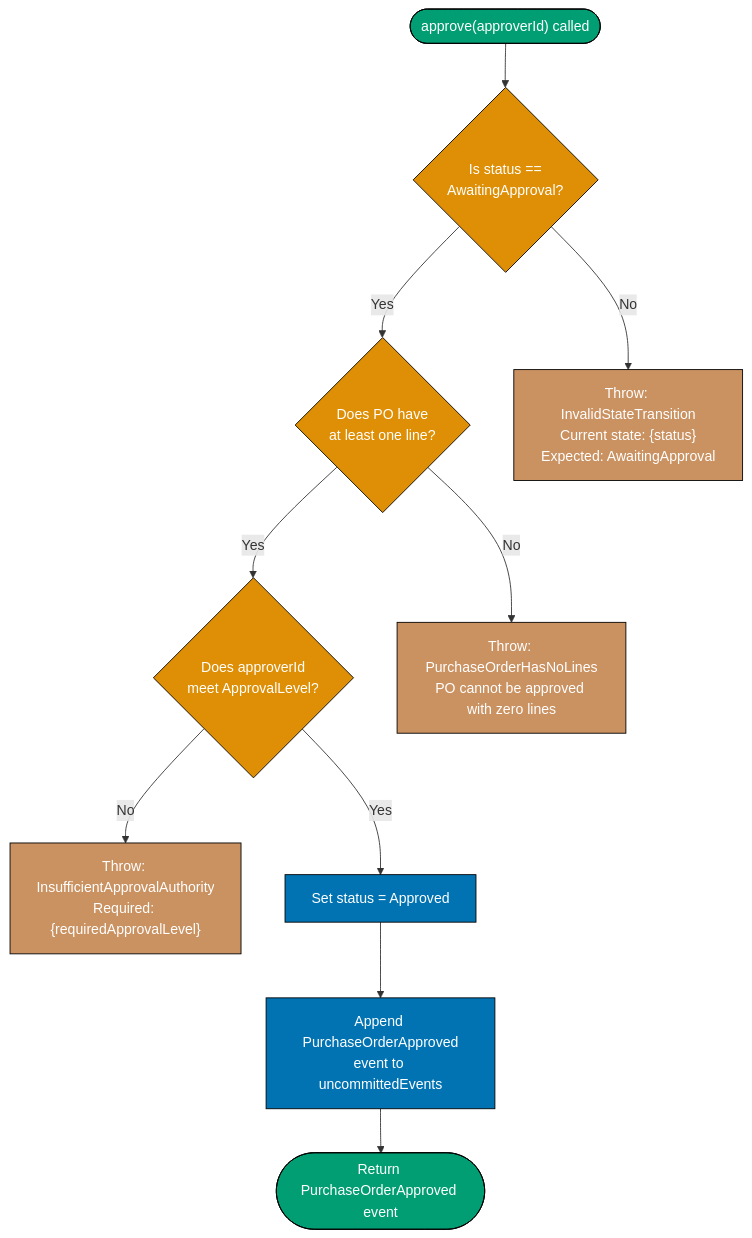
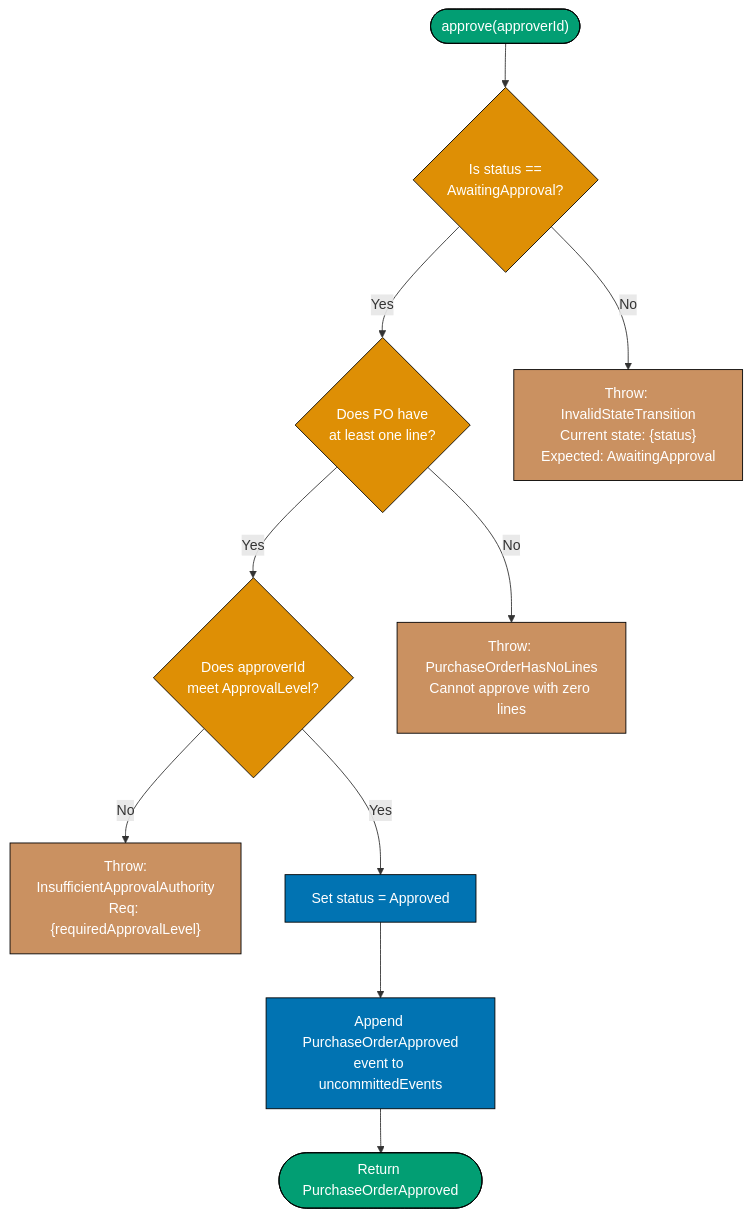
One commit to wahidyankf/baseerah changed the second of 25 diagrams in apps/ayokoding-www/content/en/learn/software-engineering/software-architecture/c4-model/by-example/advanced.md. Above: the diagram before and after it, drawn with Mermaid. The commit also changed other lines of this file and 88 other files, not shown here.

First line of the commit message:
fix(ayokoding-www): resolve pre-existing Mermaid violations, exclude fixtures/plans-done

````diff
--- a/apps/ayokoding-www/content/en/learn/software-engineering/software-architecture/c4-model/by-example/advanced.md
+++ b/apps/ayokoding-www/content/en/learn/software-engineering/software-architecture/c4-model/by-example/advanced.md
@@ -103,34 +103,34 @@
 ```mermaid
 flowchart TD
-    Start(["approve#40;approverId#41; called"])
+    Start(["approve#40;approverId#41;"])
     CheckState{"Is status ==<br/>AwaitingApproval?"}
     CheckLevel{"Does approverId<br/>meet ApprovalLevel?"}
     CheckLines{"Does PO have<br/>at least one line?"}
     ThrowState["Throw: InvalidStateTransition<br/>Current state: {status}<br/>Expected: AwaitingApproval"]
-    ThrowAuth["Throw: InsufficientApprovalAuthority<br/>Required: {requiredApprovalLevel}"]
-    ThrowLines["Throw: PurchaseOrderHasNoLines<br/>PO cannot be approved with zero lines"]
+    ThrowAuth["Throw:<br/>InsufficientApprovalAuthority<br/>Req: {requiredApprovalLevel}"]
+    ThrowLines["Throw: PurchaseOrderHasNoLines<br/>Cannot approve with zero lines"]
     SetStatus["Set status = Approved"]
     AppendEvent["Append PurchaseOrderApproved<br/>event to uncommittedEvents"]
-    Return(["Return PurchaseOrderApproved event"])
+    Return(["Return PurchaseOrderApproved"])
 
     Start --> CheckState
     CheckState -->|"No"| ThrowState
     CheckState -->|"Yes"| CheckLines
     CheckLines -->|"No"| ThrowLines
     CheckLines -->|"Yes"| CheckLevel
     CheckLevel -->|"No"| ThrowAuth
     CheckLevel -->|"Yes"| SetStatus
     SetStatus --> AppendEvent
     AppendEvent --> Return
 
     style Start fill:#029E73,stroke:#000,color:#fff
     style CheckState fill:#DE8F05,stroke:#000,color:#fff
     style CheckLevel fill:#DE8F05,stroke:#000,color:#fff
     style CheckLines fill:#DE8F05,stroke:#000,color:#fff
     style ThrowState fill:#CA9161,stroke:#000,color:#fff
     style ThrowAuth fill:#CA9161,stroke:#000,color:#fff
     style ThrowLines fill:#CA9161,stroke:#000,color:#fff
     style SetStatus fill:#0173B2,stroke:#000,color:#fff
     style AppendEvent fill:#0173B2,stroke:#000,color:#fff
     style Return fill:#029E73,stroke:#000,color:#fff
 ```
````
